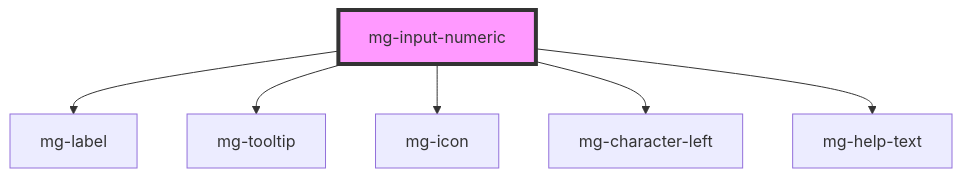
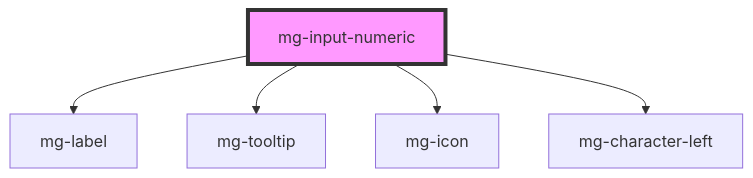
Before and after one commit to MGDIS/mg-components: the diagram in src/components/molecules/inputs/mg-input-numeric/readme.md, drawn with Mermaid. The commit also changed other lines of this file and 26 other files, not shown here.

First line of the commit message:
style(mg-input): improve Accessibility / Remove mg-help-text / Define style

````diff
--- a/src/components/molecules/inputs/mg-input-numeric/readme.md
+++ b/src/components/molecules/inputs/mg-input-numeric/readme.md
@@ -50,9 +49,8 @@
 ```mermaid
 graph TD;
   mg-input-numeric --> mg-label
   mg-input-numeric --> mg-tooltip
   mg-input-numeric --> mg-icon
   mg-input-numeric --> mg-character-left
-  mg-input-numeric --> mg-help-text
   style mg-input-numeric fill:#f9f,stroke:#333,stroke-width:4px
 ```
````
